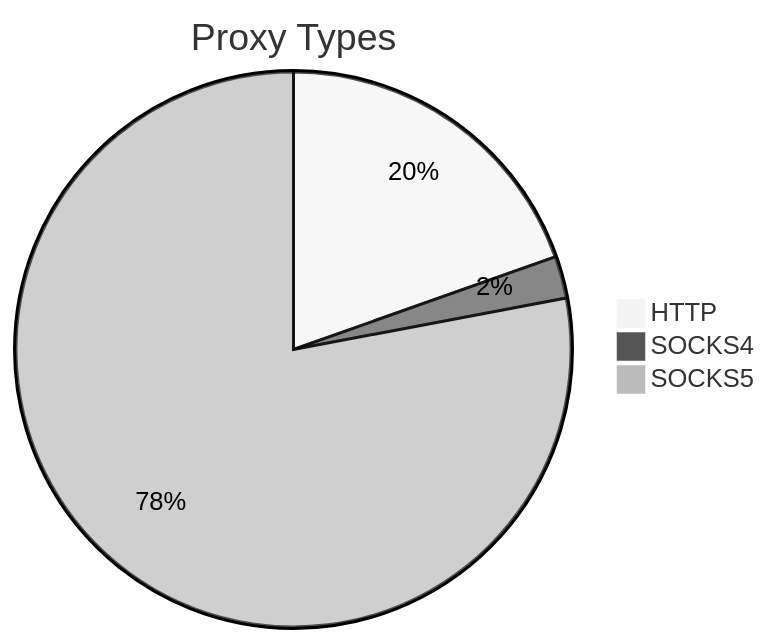
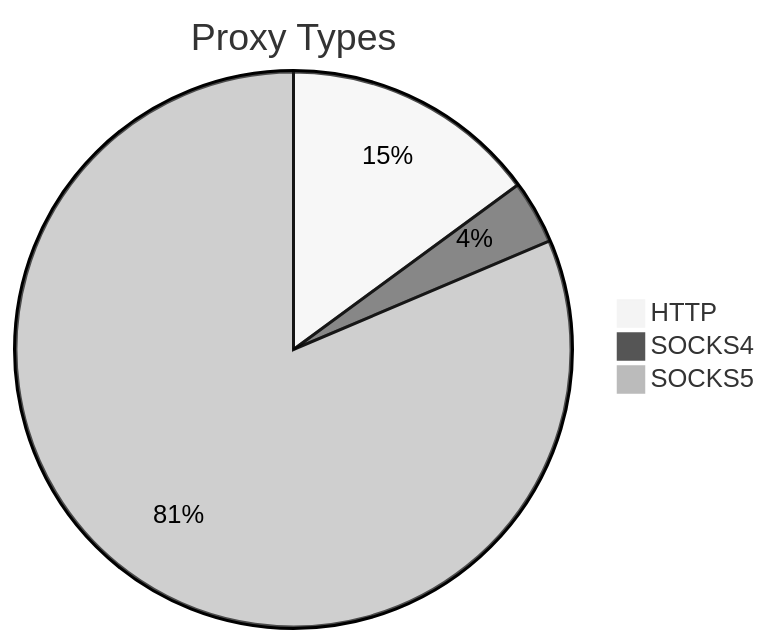
One commit to stormsia/proxy-list changed the first of 2 diagrams in README.md. Above: the diagram before and after it, drawn with Mermaid (neutral theme). The commit also changed other lines of this file, not shown here.

````diff
--- a/README.md
+++ b/README.md
@@ -21,6 +21,6 @@
 ```mermaid
 pie title Proxy Types
-    "HTTP" : 599
-    "SOCKS4" : 75
-    "SOCKS5" : 2385
+    "HTTP" : 654
+    "SOCKS4" : 162
+    "SOCKS5" : 3566
 ```
````
